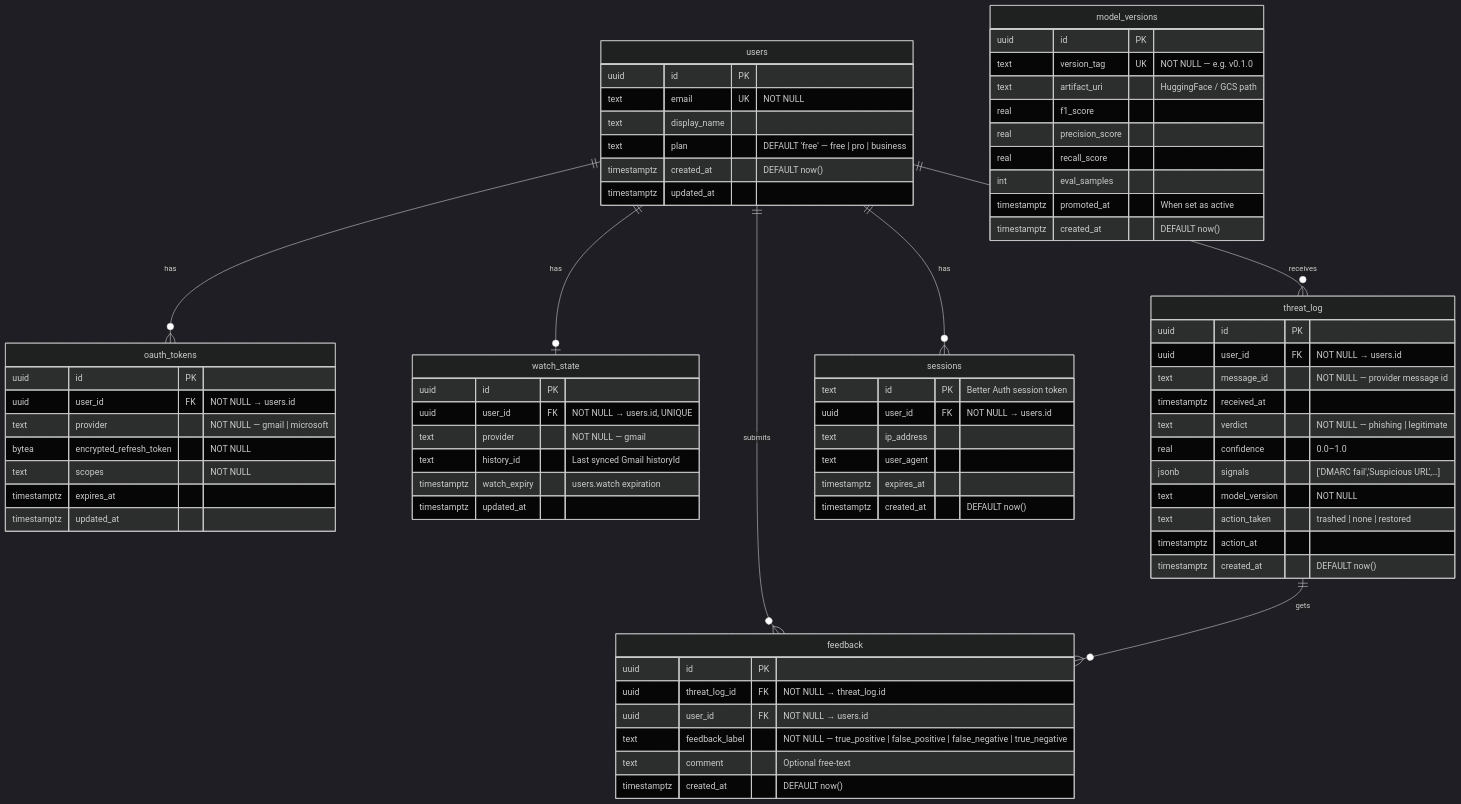
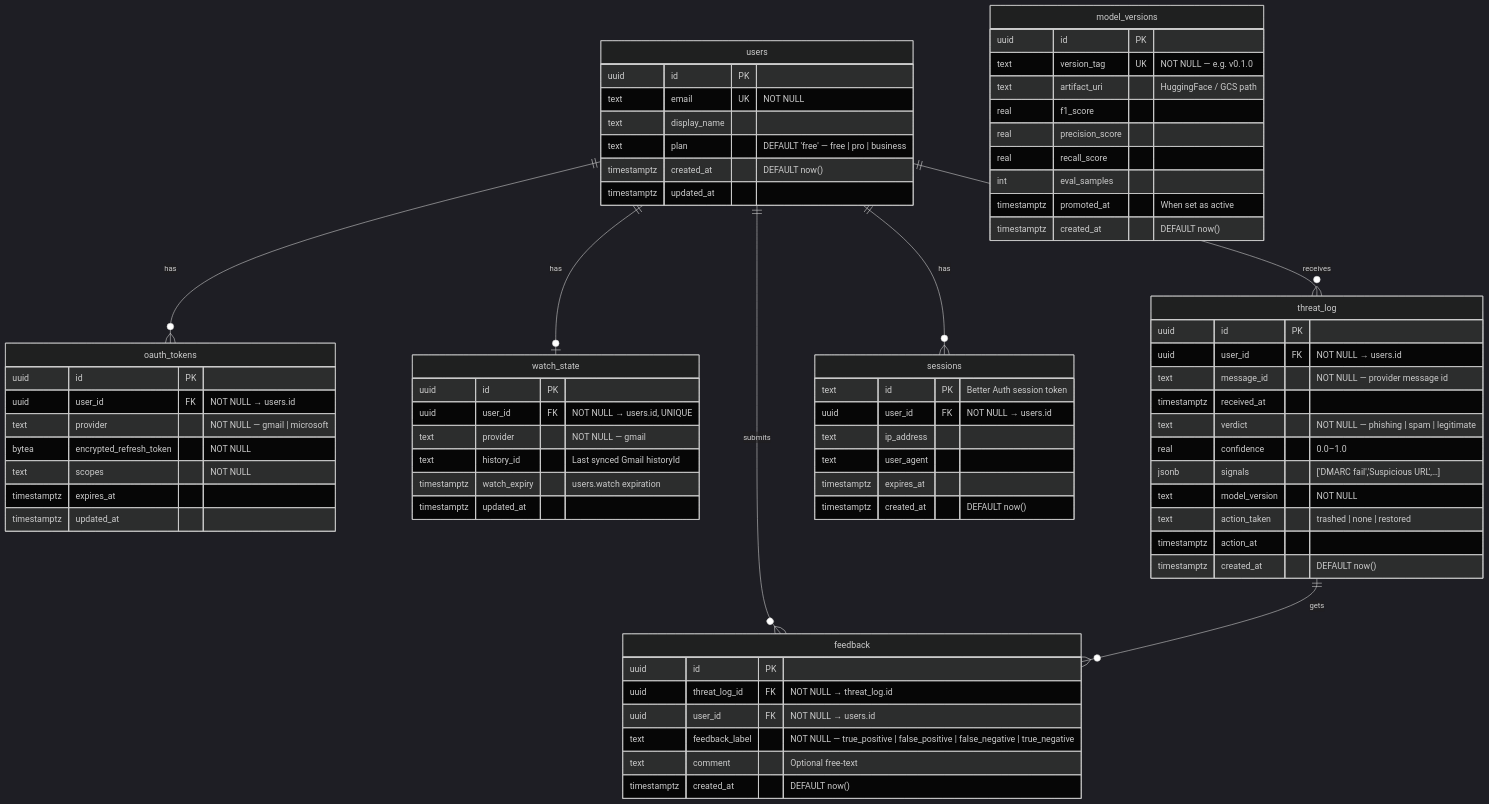
The diagram in docs/architecture/data-design.md (MichAdebayo/sicurre), drawn with Mermaid (dark theme) before and after one commit. The commit also changed other lines of this file, not shown here.

Commit message:
fix(docs): update verdict options in data design to include 'spam'

````diff
--- a/docs/architecture/data-design.md
+++ b/docs/architecture/data-design.md
@@ -10,81 +10,81 @@
 ```mermaid
 erDiagram
     users {
         uuid id PK
         text email UK "NOT NULL"
         text display_name
         text plan "DEFAULT 'free' — free | pro | business"
         timestamptz created_at "DEFAULT now()"
         timestamptz updated_at
     }
 
     oauth_tokens {
         uuid id PK
         uuid user_id FK "NOT NULL → users.id"
         text provider "NOT NULL — gmail | microsoft"
         bytea encrypted_refresh_token "NOT NULL"
         text scopes "NOT NULL"
         timestamptz expires_at
         timestamptz updated_at
     }
 
     watch_state {
         uuid id PK
         uuid user_id FK "NOT NULL → users.id, UNIQUE"
         text provider "NOT NULL — gmail"
         text history_id "Last synced Gmail historyId"
         timestamptz watch_expiry "users.watch expiration"
         timestamptz updated_at
     }
 
     threat_log {
         uuid id PK
         uuid user_id FK "NOT NULL → users.id"
         text message_id "NOT NULL — provider message id"
         timestamptz received_at
-        text verdict "NOT NULL — phishing | legitimate"
+        text verdict "NOT NULL — phishing | spam | legitimate"
         real confidence "0.0–1.0"
         jsonb signals "['DMARC fail','Suspicious URL',…]"
         text model_version "NOT NULL"
         text action_taken "trashed | none | restored"
         timestamptz action_at
         timestamptz created_at "DEFAULT now()"
     }
 
     feedback {
         uuid id PK
         uuid threat_log_id FK "NOT NULL → threat_log.id"
         uuid user_id FK "NOT NULL → users.id"
         text feedback_label "NOT NULL — true_positive | false_positive | false_negative | true_negative"
         text comment "Optional free-text"
         timestamptz created_at "DEFAULT now()"
     }
 
     model_versions {
         uuid id PK
         text version_tag UK "NOT NULL — e.g. v0.1.0"
         text artifact_uri "HuggingFace / GCS path"
         real f1_score
         real precision_score
         real recall_score
         int eval_samples
         timestamptz promoted_at "When set as active"
         timestamptz created_at "DEFAULT now()"
     }
 
     sessions {
         text id PK "Better Auth session token"
         uuid user_id FK "NOT NULL → users.id"
         text ip_address
         text user_agent
         timestamptz expires_at
         timestamptz created_at "DEFAULT now()"
     }
 
     users ||--o{ oauth_tokens : "has"
     users ||--o| watch_state : "has"
     users ||--o{ threat_log : "receives"
     users ||--o{ feedback : "submits"
     users ||--o{ sessions : "has"
     threat_log ||--o{ feedback : "gets"
 ```
````
